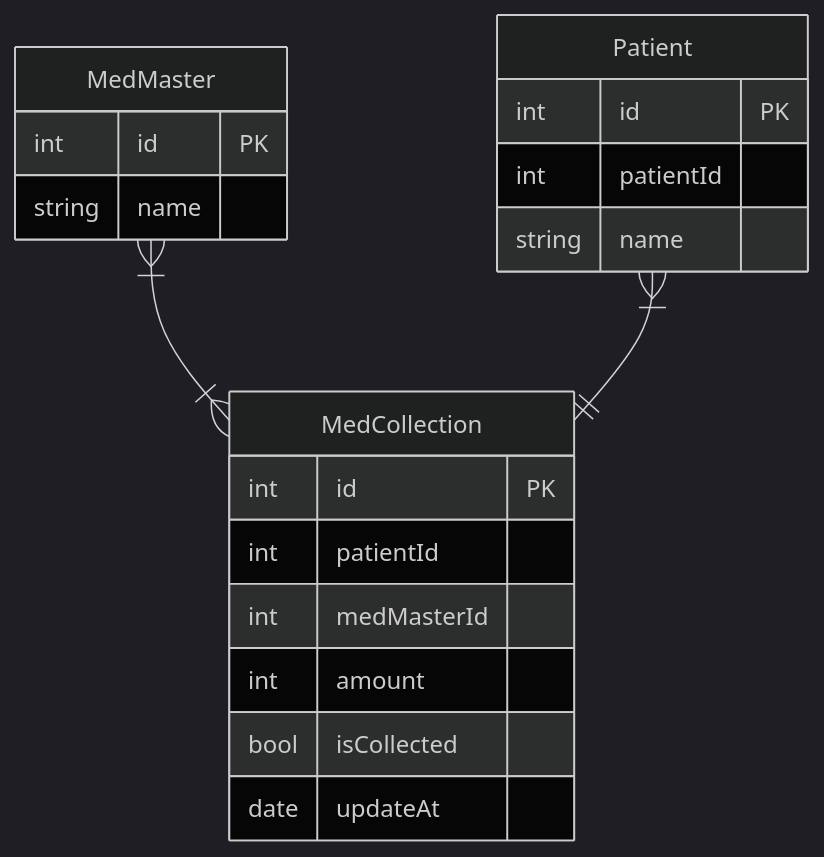
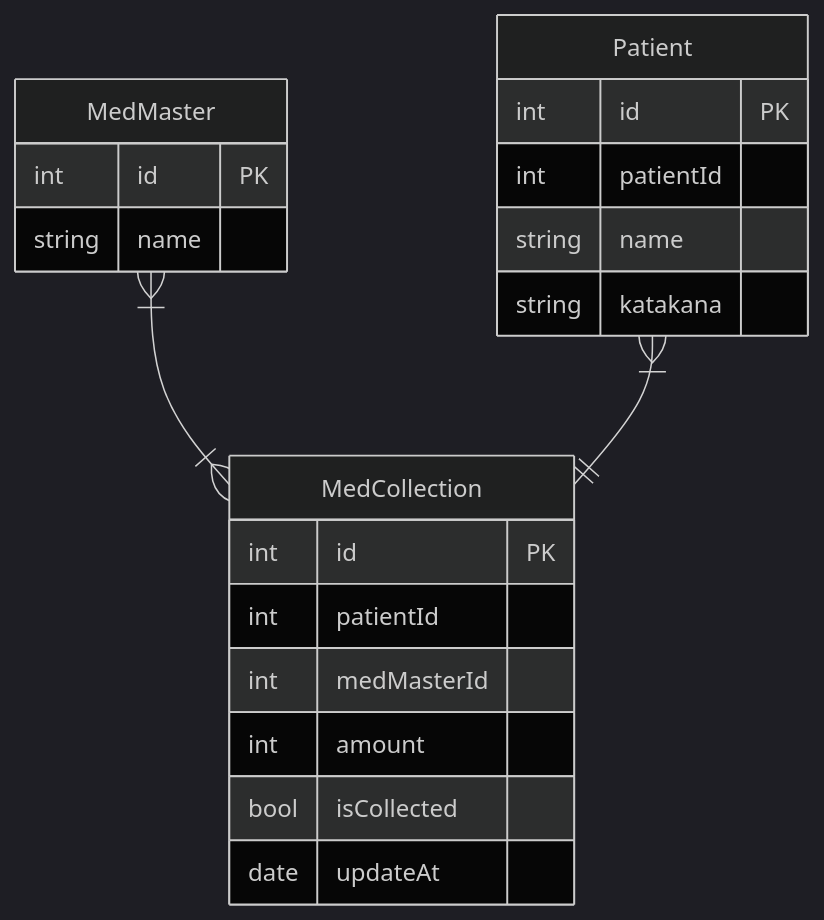
One commit to obutora/ODP_calc changed the fifth of 5 diagrams in readme.md. Above: the diagram before and after it, drawn with Mermaid (dark theme).

Commit message:
Update readme.md
add katakana property to Patient.

````diff
--- a/readme.md
+++ b/readme.md
@@ -76,27 +76,28 @@
 ```mermaid
 erDiagram
 
 MedMaster }|--|{ MedCollection : ""
 Patient }|--|| MedCollection : ""
 
     Patient {
         int id PK
         int patientId
         string name
+        string katakana
     }
 
     MedCollection {
         int id PK
         int patientId
         int medMasterId
         int amount
         bool isCollected
         date updateAt
     }
 
     MedMaster {
         int id PK
         string name
     }
 
 ```
````
